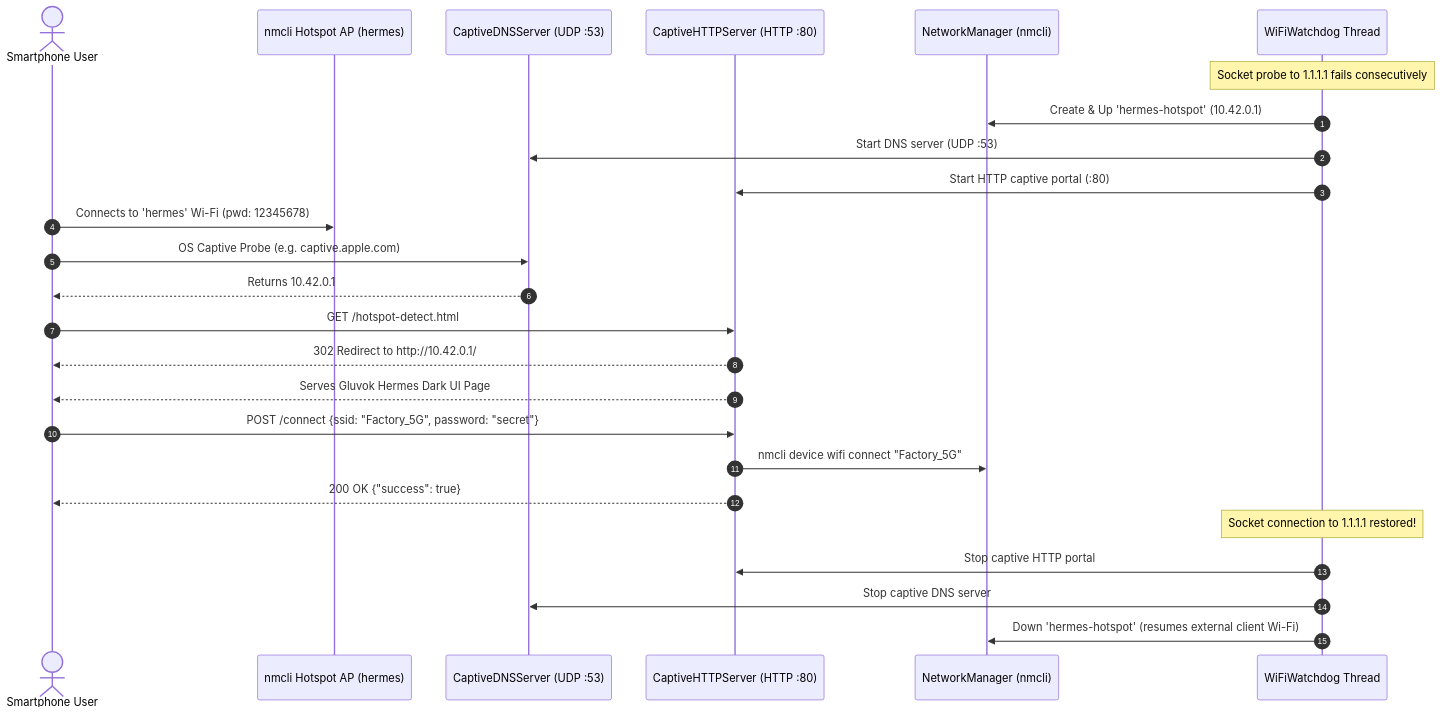
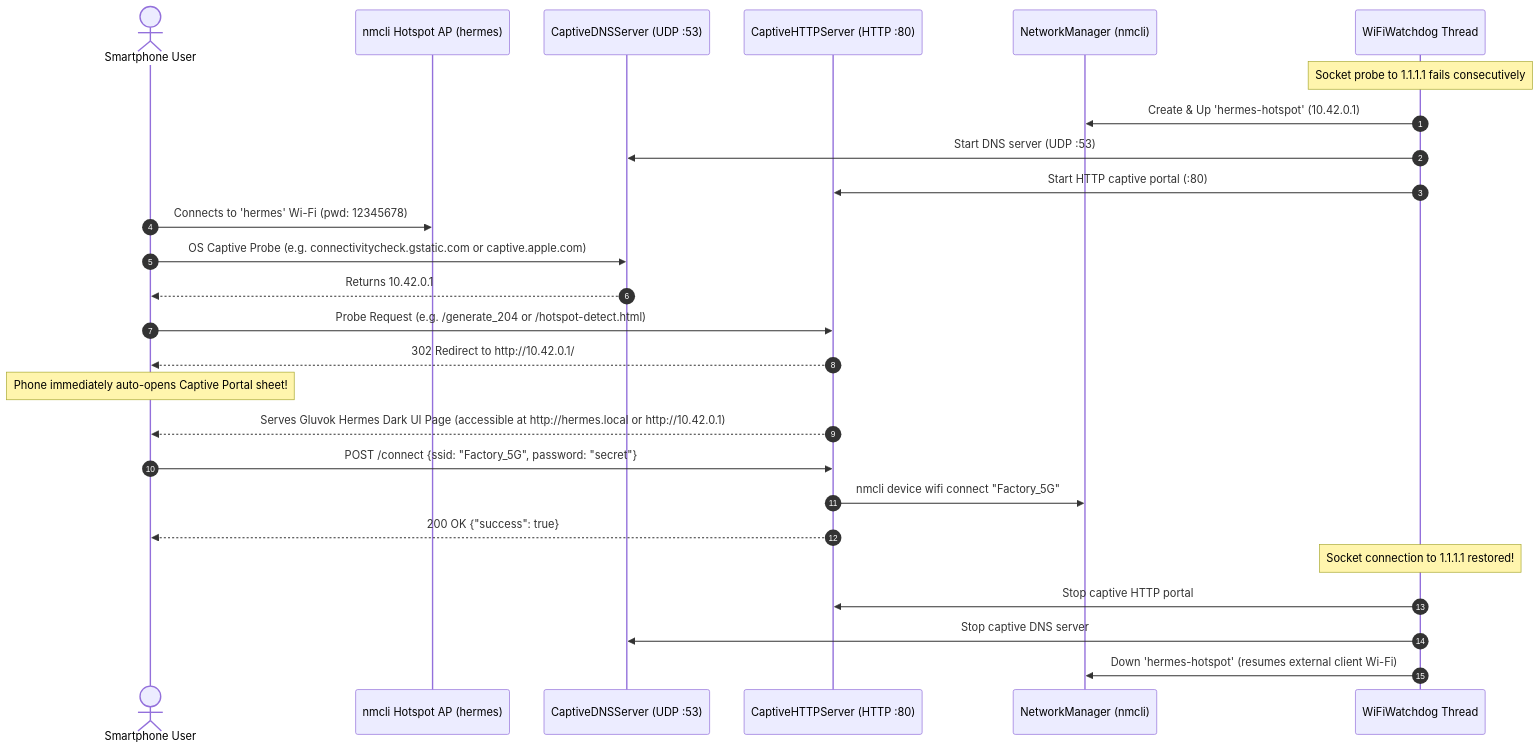
One commit to soumillathey/nmcli-wifi changed the diagram in README.md. Above: the diagram before and after it, drawn with Mermaid. The commit also changed 10 other files, not shown here.

Commit message:
feat: auto-trigger mobile captive sheet and enable hermes.local domain

````diff
--- a/README.md
+++ b/README.md
@@ -30,31 +30,32 @@
 ```mermaid
 sequenceDiagram
     autonumber
     actor User as Smartphone User
     participant Hotspot as nmcli Hotspot AP (hermes)
     participant DNS as CaptiveDNSServer (UDP :53)
     participant HTTP as CaptiveHTTPServer (HTTP :80)
     participant NM as NetworkManager (nmcli)
     participant Watchdog as WiFiWatchdog Thread
 
     Note over Watchdog: Socket probe to 1.1.1.1 fails consecutively
     Watchdog->>NM: Create & Up 'hermes-hotspot' (10.42.0.1)
     Watchdog->>DNS: Start DNS server (UDP :53)
     Watchdog->>HTTP: Start HTTP captive portal (:80)
 
     User->>Hotspot: Connects to 'hermes' Wi-Fi (pwd: 12345678)
-    User->>DNS: OS Captive Probe (e.g. captive.apple.com)
+    User->>DNS: OS Captive Probe (e.g. connectivitycheck.gstatic.com or captive.apple.com)
     DNS-->>User: Returns 10.42.0.1
-    User->>HTTP: GET /hotspot-detect.html
+    User->>HTTP: Probe Request (e.g. /generate_204 or /hotspot-detect.html)
     HTTP-->>User: 302 Redirect to http://10.42.0.1/
-    HTTP-->>User: Serves Gluvok Hermes Dark UI Page
+    Note over User: Phone immediately auto-opens Captive Portal sheet!
+    HTTP-->>User: Serves Gluvok Hermes Dark UI Page (accessible at http://hermes.local or http://10.42.0.1)
 
     User->>HTTP: POST /connect {ssid: "Factory_5G", password: "secret"}
     HTTP->>NM: nmcli device wifi connect "Factory_5G"
     HTTP-->>User: 200 OK {"success": true}
 
     Note over Watchdog: Socket connection to 1.1.1.1 restored!
     Watchdog->>HTTP: Stop captive HTTP portal
     Watchdog->>DNS: Stop captive DNS server
     Watchdog->>NM: Down 'hermes-hotspot' (resumes external client Wi-Fi)
 ```
````
